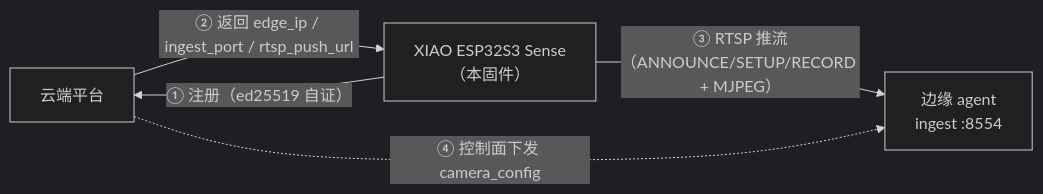
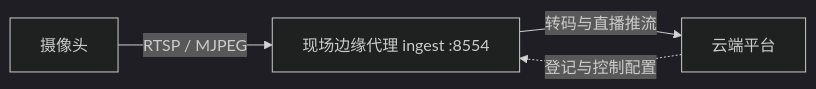
One commit to pkpk6top/zaowu_edge_camera-XIAO-ESP32-S3 changed the diagram in README.md. Above: the diagram before and after it, drawn with Mermaid (dark theme). The commit also changed other lines of this file and 7 other files, not shown here.

Commit message:
feat: connect camera to edge without cloud registration

````diff
--- a/README.md
+++ b/README.md
@@ -5,11 +5,6 @@
 ```mermaid
 flowchart LR
-    Cloud["云端平台"]
-    Edge["边缘 agent<br/>ingest :8554"]
-    Cam["XIAO ESP32S3 Sense<br/>（本固件）"]
-
-    Cam -- "① 注册（ed25519 自证）" --> Cloud
-    Cloud -- "② 返回 edge_ip / ingest_port / rtsp_push_url" --> Cam
-    Cam -- "③ RTSP 推流（ANNOUNCE/SETUP/RECORD + MJPEG）" --> Edge
-    Cloud -. "④ 控制面下发 camera_config" .-> Edge
+    Cam["摄像头"] -- "RTSP / MJPEG" --> Edge["现场边缘代理 ingest :8554"]
+    Cloud["云端平台"] -. "登记与控制配置" .-> Edge
+    Edge -- "转码与直播推流" --> Cloud
 ```
````
